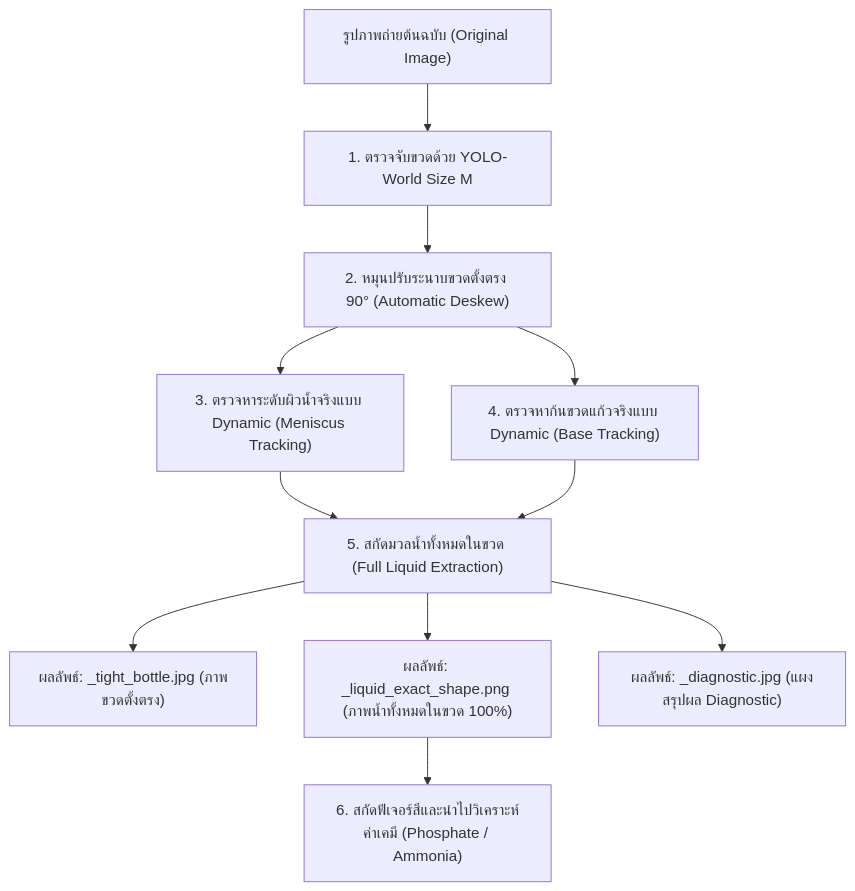
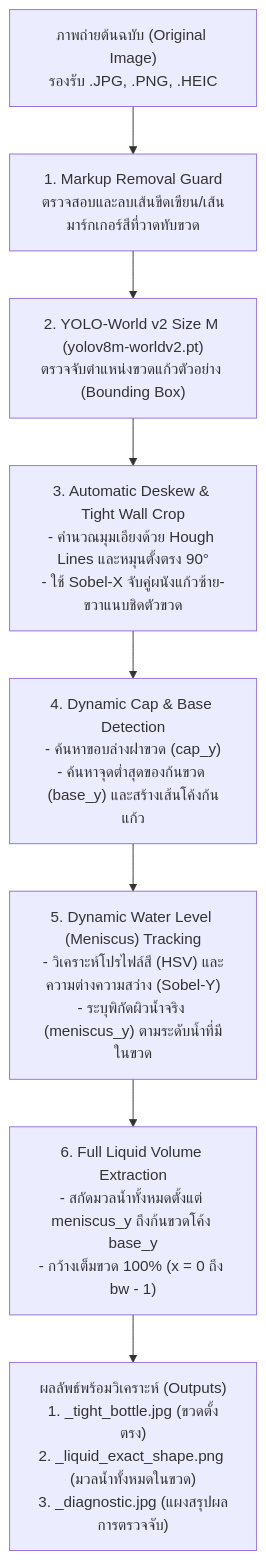
Before and after one commit to 67160213-ux/water_girlfriend: the diagram in สิ่งที่ตรวจจับ.md, drawn with Mermaid. The commit also changed other lines of this file, not shown here.

Commit message:
docs: add detailed specification of full bottle liquid detection system in สิ่งที่ตรวจจับ.md

````diff
--- a/สิ่งที่ตรวจจับ.md
+++ b/สิ่งที่ตรวจจับ.md
@@ -39,12 +32,10 @@
 ```mermaid
 flowchart TD
-    A["รูปภาพถ่ายต้นฉบับ (Original Image)"] --> B["1. ตรวจจับขวดด้วย YOLO-World Size M"]
-    B --> C["2. หมุนปรับระนาบขวดตั้งตรง 90° (Automatic Deskew)"]
-    C --> D["3. ตรวจหาระดับผิวน้ำจริงแบบ Dynamic (Meniscus Tracking)"]
-    C --> E["4. ตรวจหาก้นขวดแก้วจริงแบบ Dynamic (Base Tracking)"]
-    D & E --> F["5. สกัดมวลน้ำทั้งหมดในขวด (Full Liquid Extraction)"]
-    F --> G["ผลลัพธ์: _tight_bottle.jpg (ภาพขวดตั้งตรง)"]
-    F --> H["ผลลัพธ์: _liquid_exact_shape.png (ภาพน้ำทั้งหมดในขวด 100%)"]
-    F --> I["ผลลัพธ์: _diagnostic.jpg (แผงสรุปผล Diagnostic)"]
-    H --> J["6. สกัดฟีเจอร์สีและนำไปวิเคราะห์ค่าเคมี (Phosphate / Ammonia)"]
+    A["ภาพถ่ายต้นฉบับ (Original Image)<br/>รองรับ .JPG, .PNG, .HEIC"] --> B["1. Markup Removal Guard<br/>ตรวจสอบและลบเส้นขีดเขียน/เส้นมาร์กเกอร์สีที่วาดทับขวด"]
+    B --> C["2. YOLO-World v2 Size M (yolov8m-worldv2.pt)<br/>ตรวจจับตำแหน่งขวดแก้วตัวอย่าง (Bounding Box)"]
+    C --> D["3. Automatic Deskew & Tight Wall Crop<br/>- คำนวณมุมเอียงด้วย Hough Lines และหมุนตั้งตรง 90°<br/>- ใช้ Sobel-X จับคู่ผนังแก้วซ้าย-ขวาแนบชิดตัวขวด"]
+    D --> E["4. Dynamic Cap & Base Detection<br/>- ค้นหาขอบล่างฝาขวด (cap_y)<br/>- ค้นหาจุดต่ำสุดของก้นขวด (base_y) และสร้างเส้นโค้งก้นแก้ว"]
+    E --> F["5. Dynamic Water Level (Meniscus) Tracking<br/>- วิเคราะห์โปรไฟล์สี (HSV) และความต่างความสว่าง (Sobel-Y)<br/>- ระบุพิกัดผิวน้ำจริง (meniscus_y) ตามระดับน้ำที่มีในขวด"]
+    F --> G["6. Full Liquid Volume Extraction<br/>- สกัดมวลน้ำทั้งหมดตั้งแต่ meniscus_y ถึงก้นขวดโค้ง base_y<br/>- กว้างเต็มขวด 100% (x = 0 ถึง bw - 1)"]
+    G --> H["ผลลัพธ์พร้อมวิเคราะห์ (Outputs)<br/>1. _tight_bottle.jpg (ขวดตั้งตรง)<br/>2. _liquid_exact_shape.png (มวลน้ำทั้งหมดในขวด)<br/>3. _diagnostic.jpg (แผงสรุปผลการตรวจจับ)"]
 ```
````
